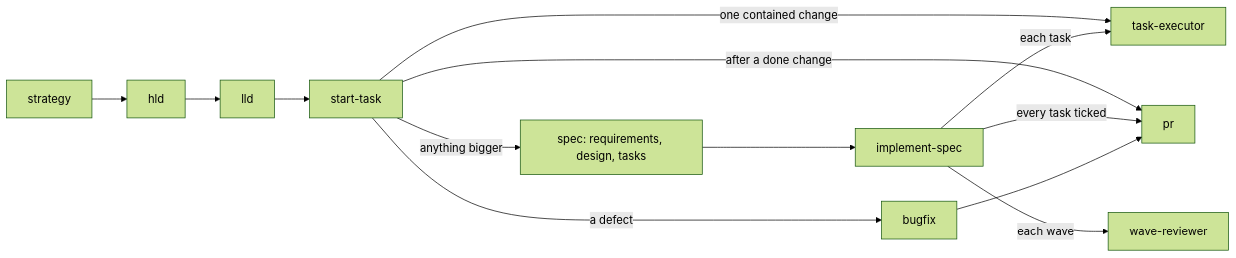
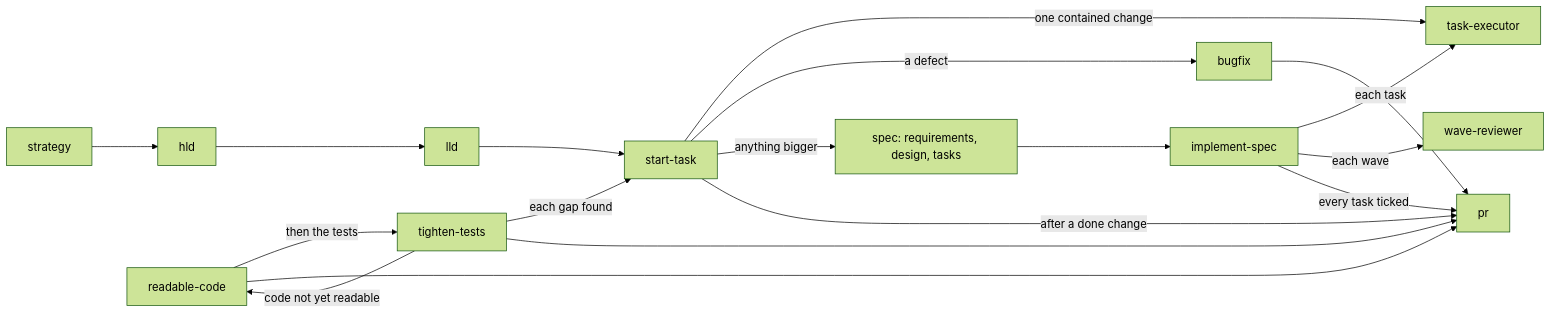
Before and after one commit to freethinkingit/dev_tools: the diagram in README.md, drawn with Mermaid (forest theme). The commit also changed other lines of this file and 34 other files, not shown here.

````diff
--- a/README.md
+++ b/README.md
@@ -32,13 +34,18 @@
 ```mermaid
 flowchart LR
     strategy --> hld --> lld --> start-task
     start-task -->|"one contained change"| task-executor
     start-task -->|"a defect"| bugfix
     start-task -->|"anything bigger"| spec["spec: requirements, design, tasks"]
     spec --> implement-spec
     implement-spec -->|"each task"| task-executor
     implement-spec -->|"each wave"| wave-reviewer
     start-task -->|"after a done change"| pr
     implement-spec -->|"every task ticked"| pr
     bugfix --> pr
+    readable-code -->|"then the tests"| tighten-tests
+    readable-code --> pr
+    tighten-tests -->|"code not yet readable"| readable-code
+    tighten-tests -->|"each gap found"| start-task
+    tighten-tests --> pr
 ```
````
